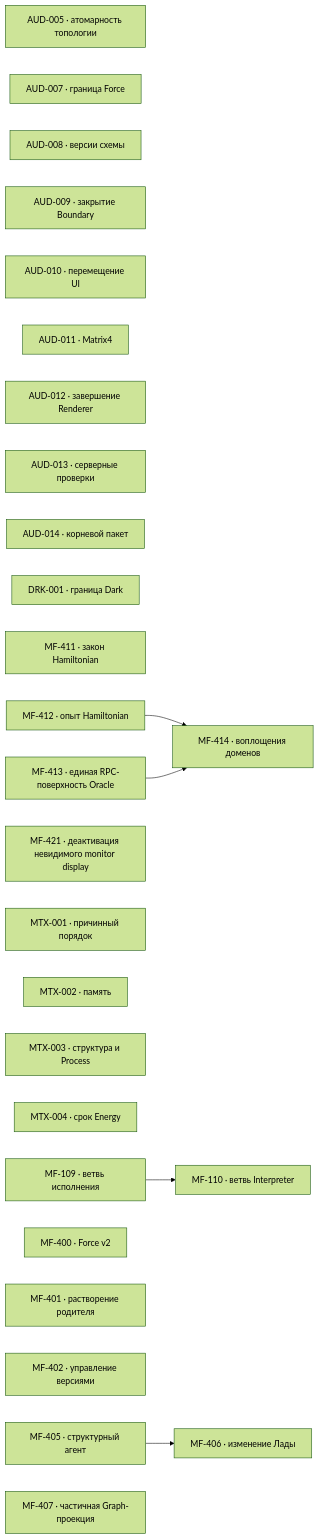
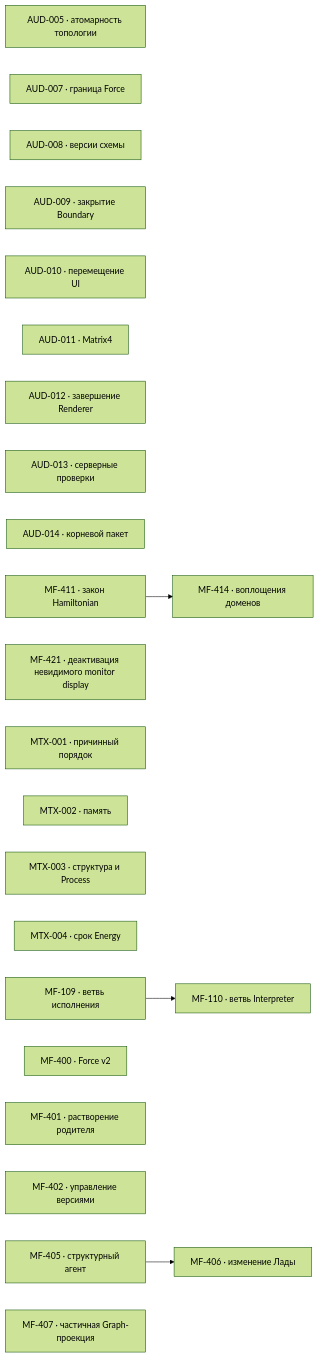
One commit to zavx0z/metafor changed the diagram in project/TODO.md. Above: the diagram before and after it, drawn with Mermaid (forest theme). The commit also changed other lines of this file and 60 other files, not shown here.

````diff
--- a/project/TODO.md
+++ b/project/TODO.md
@@ -13,34 +13,30 @@
 ```mermaid
 flowchart LR
     AUD005["AUD-005 · атомарность топологии"]
     AUD007["AUD-007 · граница Force"]
     AUD008["AUD-008 · версии схемы"]
     AUD009["AUD-009 · закрытие Boundary"]
     AUD010["AUD-010 · перемещение UI"]
     AUD011["AUD-011 · Matrix4"]
     AUD012["AUD-012 · завершение Renderer"]
     AUD013["AUD-013 · серверные проверки"]
     AUD014["AUD-014 · корневой пакет"]
-    DRK001["DRK-001 · граница Dark"]
     MF411["MF-411 · закон Hamiltonian"]
-    MF412["MF-412 · опыт Hamiltonian"]
-    MF413["MF-413 · единая RPC-поверхность Oracle"]
     MF414["MF-414 · воплощения доменов"]
     MF421["MF-421 · деактивация невидимого monitor display"]
     MTX001["MTX-001 · причинный порядок"]
     MTX002["MTX-002 · память"]
     MTX003["MTX-003 · структура и Process"]
     MTX004["MTX-004 · срок Energy"]
     MF109["MF-109 · ветвь исполнения"]
     MF110["MF-110 · ветвь Interpreter"]
     MF400["MF-400 · Force v2"]
     MF401["MF-401 · растворение родителя"]
     MF402["MF-402 · управление версиями"]
     MF405["MF-405 · структурный агент"]
     MF406["MF-406 · изменение Лады"]
     MF407["MF-407 · частичная Graph-проекция"]
     MF109 --> MF110
     MF405 --> MF406
-    MF412 --> MF414
-    MF413 --> MF414
+    MF411 --> MF414
 ```
````
